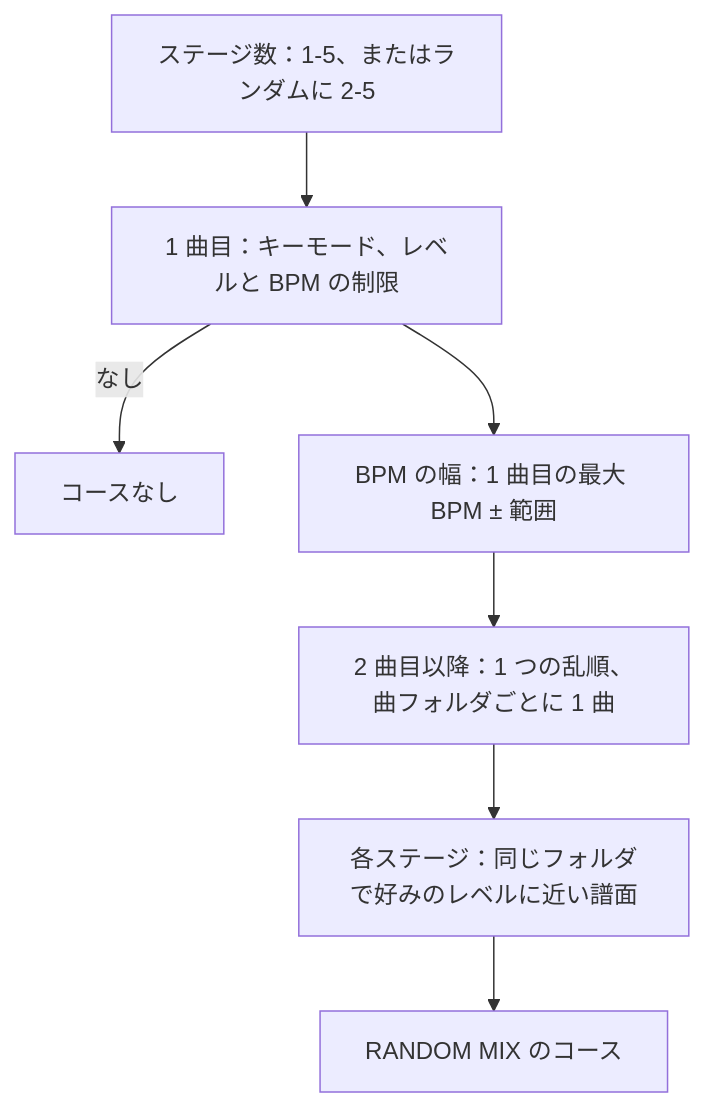
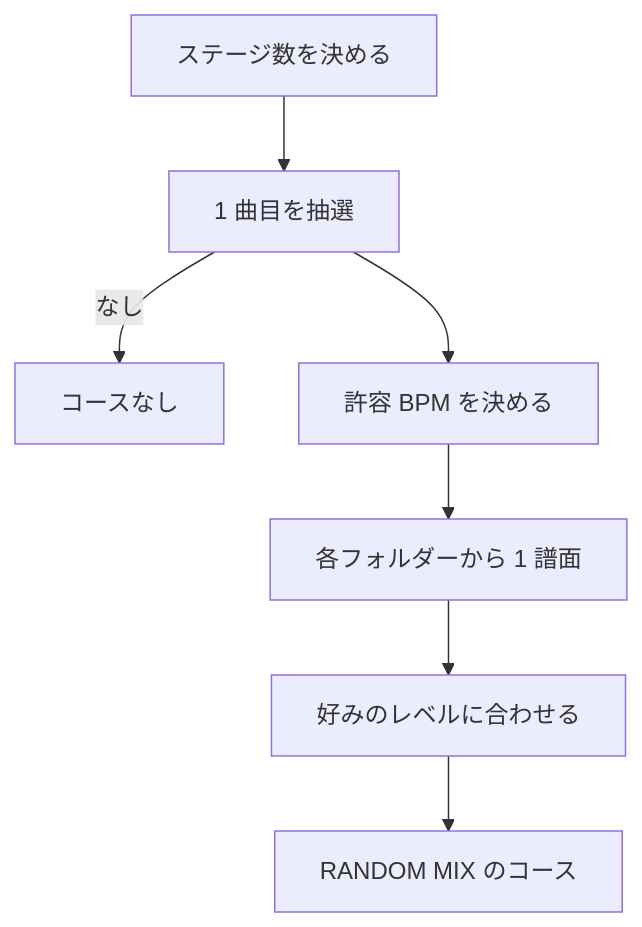
One commit to nulltask/be-music changed the seventh of 12 diagrams in docs/course.ja.md. Above: the diagram before and after it, drawn with Mermaid. The commit also changed other lines of this file and 33 other files, not shown here.

````diff
--- a/docs/course.ja.md
+++ b/docs/course.ja.md
@@ -256,9 +251,9 @@
 ```mermaid
 flowchart TD
-    count[ステージ数：1-5、またはランダムに 2-5] --> first[1 曲目：キーモード、レベルと BPM の制限]
+    count[ステージ数を決める] --> first[1 曲目を抽選]
     first -->|なし| fail[コースなし]
-    first --> window[BPM の幅：1 曲目の最大 BPM ± 範囲]
-    window --> rest[2 曲目以降：1 つの乱順、曲フォルダごとに 1 曲]
-    rest --> prefer[各ステージ：同じフォルダで好みのレベルに近い譜面]
+    first --> window[許容 BPM を決める]
+    window --> rest[各フォルダーから 1 譜面]
+    rest --> prefer[好みのレベルに合わせる]
     prefer --> course[RANDOM MIX のコース]
 ```
````
